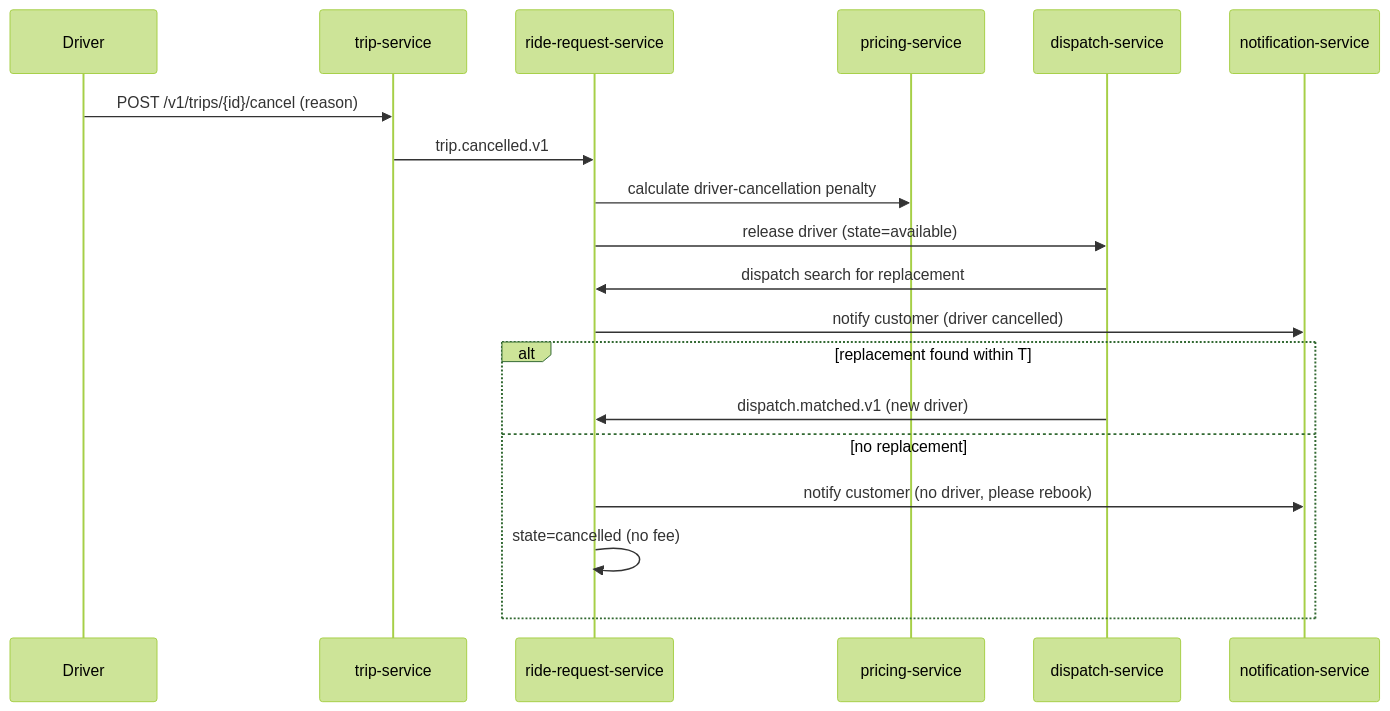
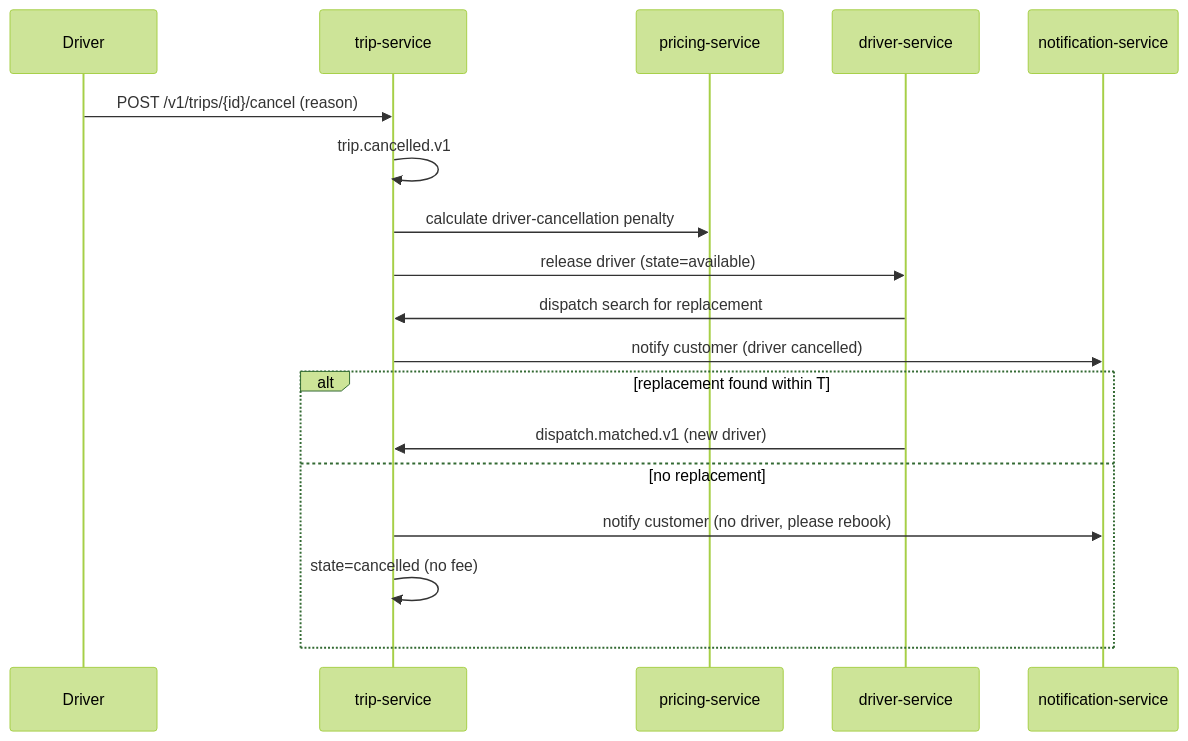
Before and after one commit to mohamedhabibwork/trips-enjoy-docs: the ninth of 14 diagrams in docs/workflows/RIDE_WORKFLOWS.md, drawn with Mermaid (forest theme). The commit also changed other lines of this file and 525 other files, not shown here.

````diff
--- a/docs/workflows/RIDE_WORKFLOWS.md
+++ b/docs/workflows/RIDE_WORKFLOWS.md
@@ -240,22 +233,21 @@
 ```mermaid
 sequenceDiagram
     participant DR as Driver
     participant TR as trip-service
-    participant RR as ride-request-service
     participant PRC as pricing-service
-    participant DSP as dispatch-service
+    participant DRV as driver-service
     participant NOT as notification-service
 
     DR->>TR: POST /v1/trips/{id}/cancel (reason)
-    TR->>RR: trip.cancelled.v1
-    RR->>PRC: calculate driver-cancellation penalty
-    RR->>DSP: release driver (state=available)
-    DSP->>RR: dispatch search for replacement
-    RR->>NOT: notify customer (driver cancelled)
+    TR->>TR: trip.cancelled.v1
+    TR->>PRC: calculate driver-cancellation penalty
+    TR->>DRV: release driver (state=available)
+    DRV->>TR: dispatch search for replacement
+    TR->>NOT: notify customer (driver cancelled)
     alt replacement found within T
-        DSP->>RR: dispatch.matched.v1 (new driver)
+        DRV->>TR: dispatch.matched.v1 (new driver)
     else no replacement
-        RR->>NOT: notify customer (no driver, please rebook)
-        RR->>RR: state=cancelled (no fee)
+        TR->>NOT: notify customer (no driver, please rebook)
+        TR->>TR: state=cancelled (no fee)
     end
 ```
````
